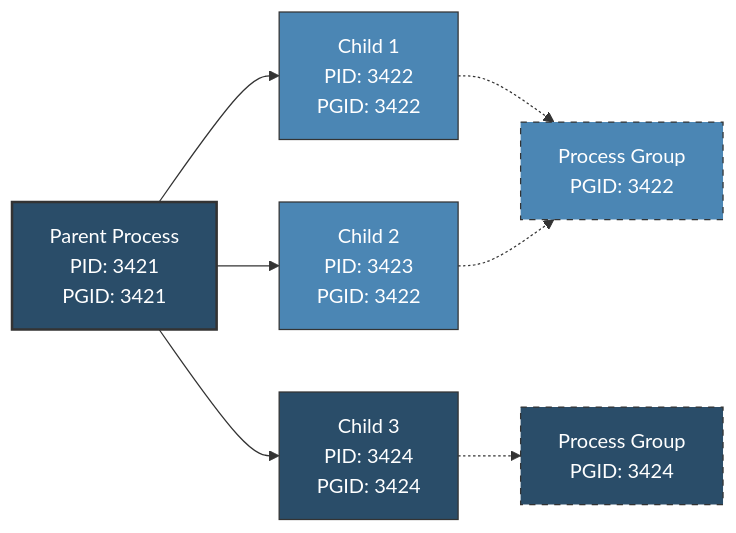
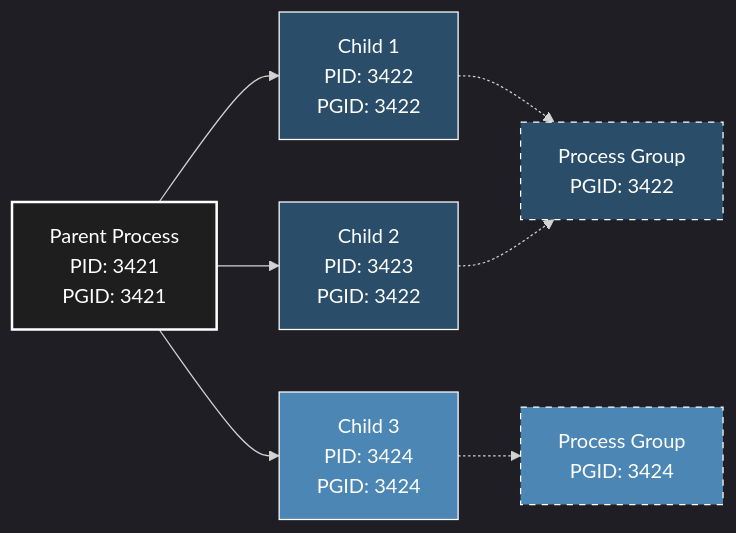
The ninth of 9 diagrams in README.md (Ananya-Addisu/Endless-OS), drawn with Mermaid before and after one commit. The commit also changed other lines of this file, not shown here.

````diff
--- a/README.md
+++ b/README.md
@@ -654,17 +708,18 @@
 ```mermaid
+%%{init: {'theme': 'dark'}}%%
 graph LR
     A[Parent Process<br>PID: 3421<br>PGID: 3421] --> B[Child 1<br>PID: 3422<br>PGID: 3422]
     A --> C[Child 2<br>PID: 3423<br>PGID: 3422]
     A --> D[Child 3<br>PID: 3424<br>PGID: 3424]
     
     B -.-> E[Process Group<br>PGID: 3422]
     C -.-> E
     D -.-> F[Process Group<br>PGID: 3424]
     
-    style A fill:#2A4D69,stroke:#333,stroke-width:2px,color:#ffffff
-    style B fill:#4B86B4,stroke:#333,stroke-width:1px,color:#ffffff
-    style C fill:#4B86B4,stroke:#333,stroke-width:1px,color:#ffffff
-    style D fill:#2A4D69,stroke:#333,stroke-width:1px,color:#ffffff
-    style E fill:#4B86B4,stroke:#333,stroke-width:1px,color:#ffffff,stroke-dasharray: 5 5
-    style F fill:#2A4D69,stroke:#333,stroke-width:1px,color:#ffffff,stroke-dasharray: 5 5
+    style A fill:#1E1E1E,stroke:#FFF,stroke-width:2px,color:#FFF
+    style B fill:#2A4D69,stroke:#FFF,stroke-width:1px,color:#FFF
+    style C fill:#2A4D69,stroke:#FFF,stroke-width:1px,color:#FFF
+    style D fill:#4B86B4,stroke:#FFF,stroke-width:1px,color:#FFF
+    style E fill:#2A4D69,stroke:#FFF,stroke-width:1px,color:#FFF,stroke-dasharray: 5 5
+    style F fill:#4B86B4,stroke:#FFF,stroke-width:1px,color:#FFF,stroke-dasharray: 5 5
 ```
````
